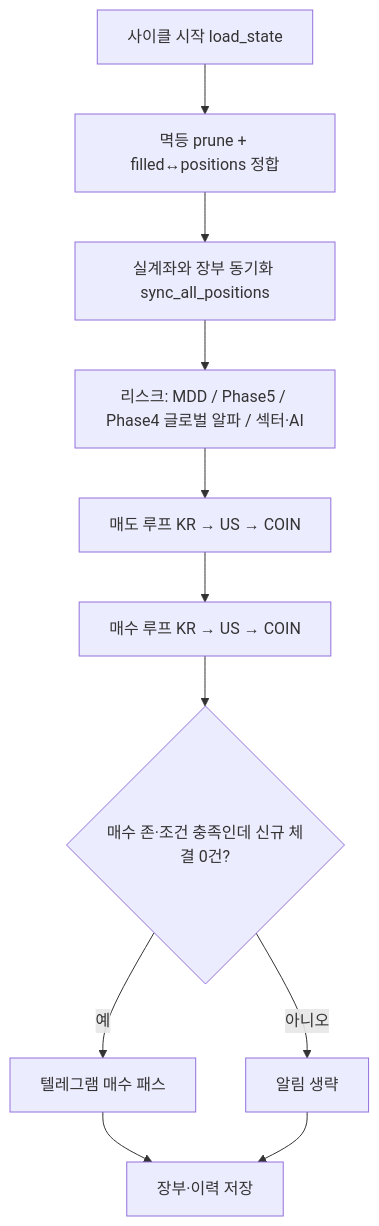
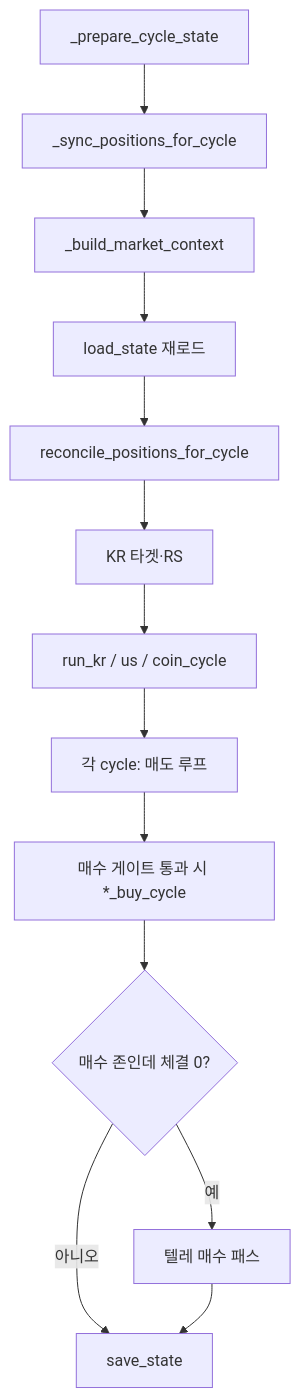
The diagram in README.md (psyo1o/trade), drawn with Mermaid before and after one commit. The commit also changed other lines of this file and 46 other files, not shown here.

````diff
--- a/README.md
+++ b/README.md
@@ -190,13 +204,15 @@
 ```mermaid
 flowchart TD
-  A[사이클 시작 load_state] --> A2[멱등 prune + filled↔positions 정합]
-  A2 --> B[실계좌와 장부 동기화 sync_all_positions]
-  B --> C[리스크: MDD / Phase5 / Phase4 글로벌 알파 / 섹터·AI]
-  C --> D[매도 루프 KR → US → COIN]
-  D --> E[매수 루프 KR → US → COIN]
-  E --> F{매수 존·조건 충족인데 신규 체결 0건?}
-  F -->|예| G[텔레그램 매수 패스]
-  F -->|아니오| H[알림 생략]
-  G --> I[장부·이력 저장]
-  H --> I
+  P1[_prepare_cycle_state] --> P2[_sync_positions_for_cycle]
+  P2 --> P3[_build_market_context]
+  P3 --> P4[load_state 재로드]
+  P4 --> P5[reconcile_positions_for_cycle]
+  P5 --> P6[KR 타겟·RS]
+  P6 --> M[run_kr / us / coin_cycle]
+  M --> M1[각 cycle: 매도 루프]
+  M1 --> M2[매수 게이트 통과 시 *_buy_cycle]
+  M2 --> T{매수 존인데 체결 0?}
+  T -->|예| G[텔레 매수 패스]
+  T -->|아니오| S[save_state]
+  G --> S
 ```
````
